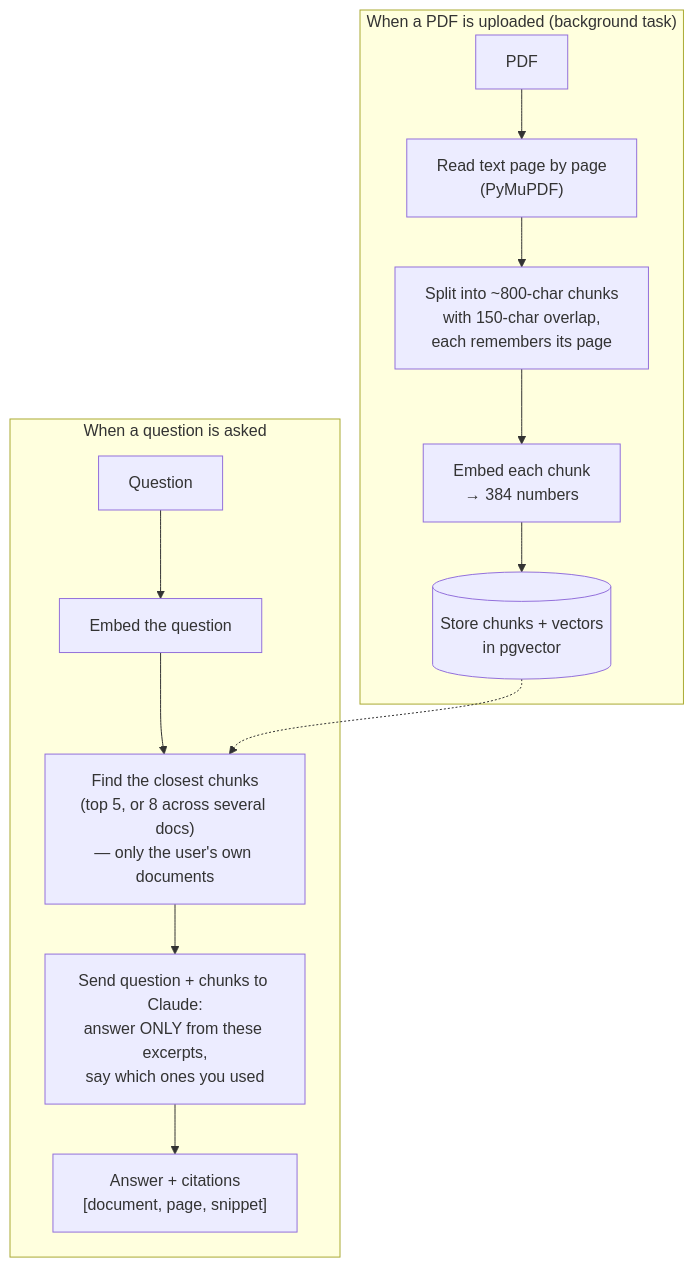
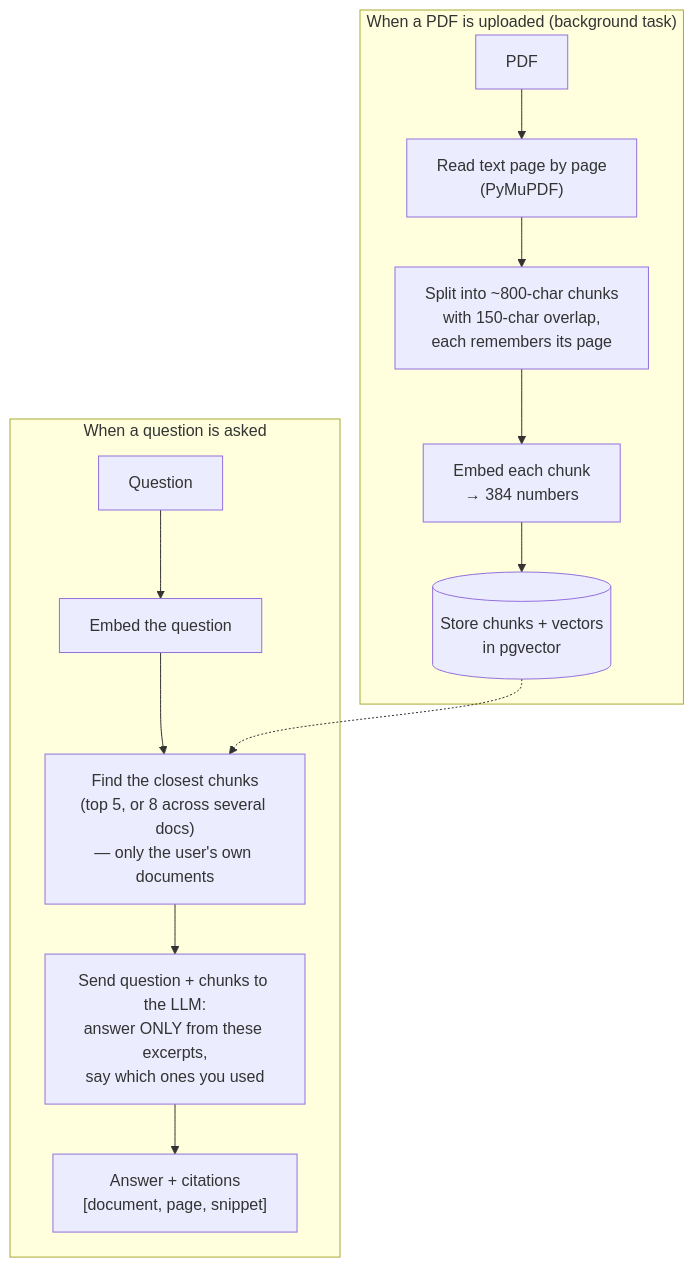
Before and after one commit to RakeshreddyParimireddy/AI-Document-Intelligence-PDF-Assistant: the second of 2 diagrams in README.md, drawn with Mermaid. The commit also changed other lines of this file and 15 other files, not shown here.

First line of the commit message:
Add Gemini (free tier) as LLM provider, keep Claude as an option

````diff
--- a/README.md
+++ b/README.md
@@ -59,16 +59,16 @@
 ```mermaid
 flowchart TD
     subgraph Upload ["When a PDF is uploaded (background task)"]
         A[PDF] --> B["Read text page by page<br/>(PyMuPDF)"]
         B --> C["Split into ~800-char chunks<br/>with 150-char overlap,<br/>each remembers its page"]
         C --> D["Embed each chunk<br/>→ 384 numbers"]
         D --> E[("Store chunks + vectors<br/>in pgvector")]
     end
     subgraph Ask ["When a question is asked"]
         Q[Question] --> QE[Embed the question]
         QE --> S["Find the closest chunks<br/>(top 5, or 8 across several docs)<br/>— only the user's own documents"]
         E -.-> S
-        S --> P["Send question + chunks to Claude:<br/>answer ONLY from these excerpts,<br/>say which ones you used"]
+        S --> P["Send question + chunks to the LLM:<br/>answer ONLY from these excerpts,<br/>say which ones you used"]
         P --> R["Answer + citations<br/>[document, page, snippet]"]
     end
 ```
````
